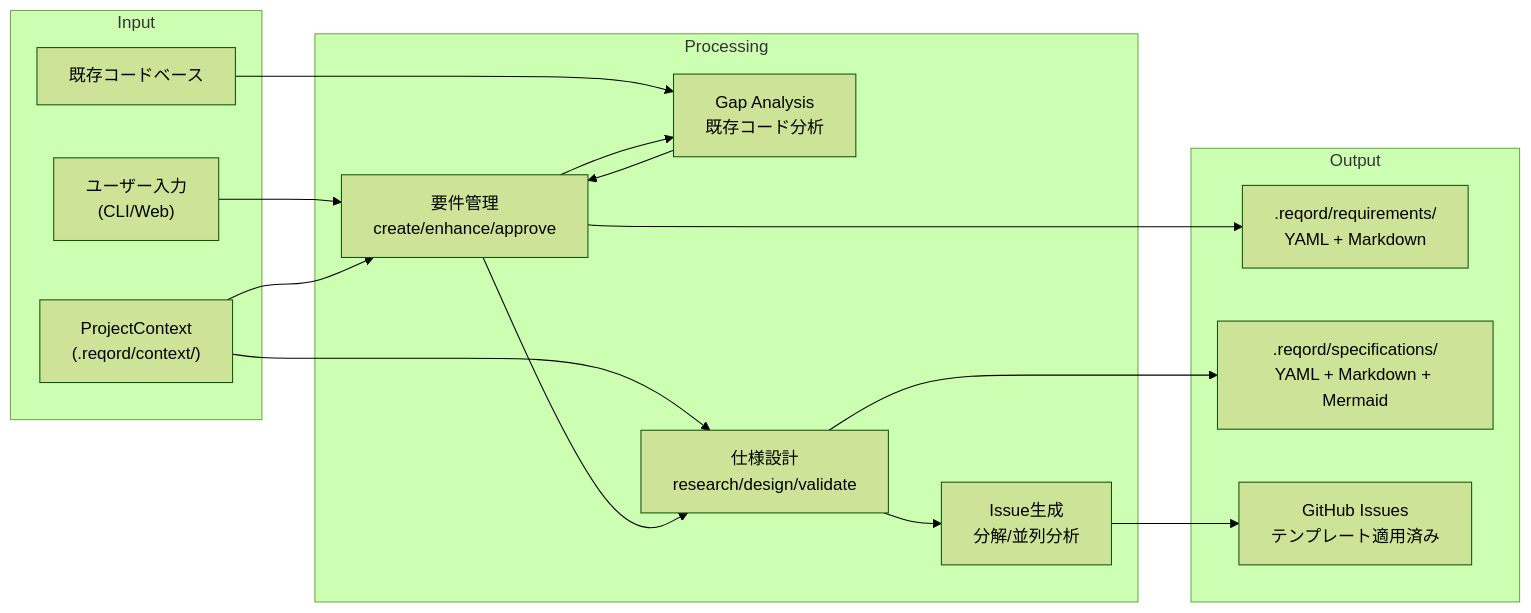
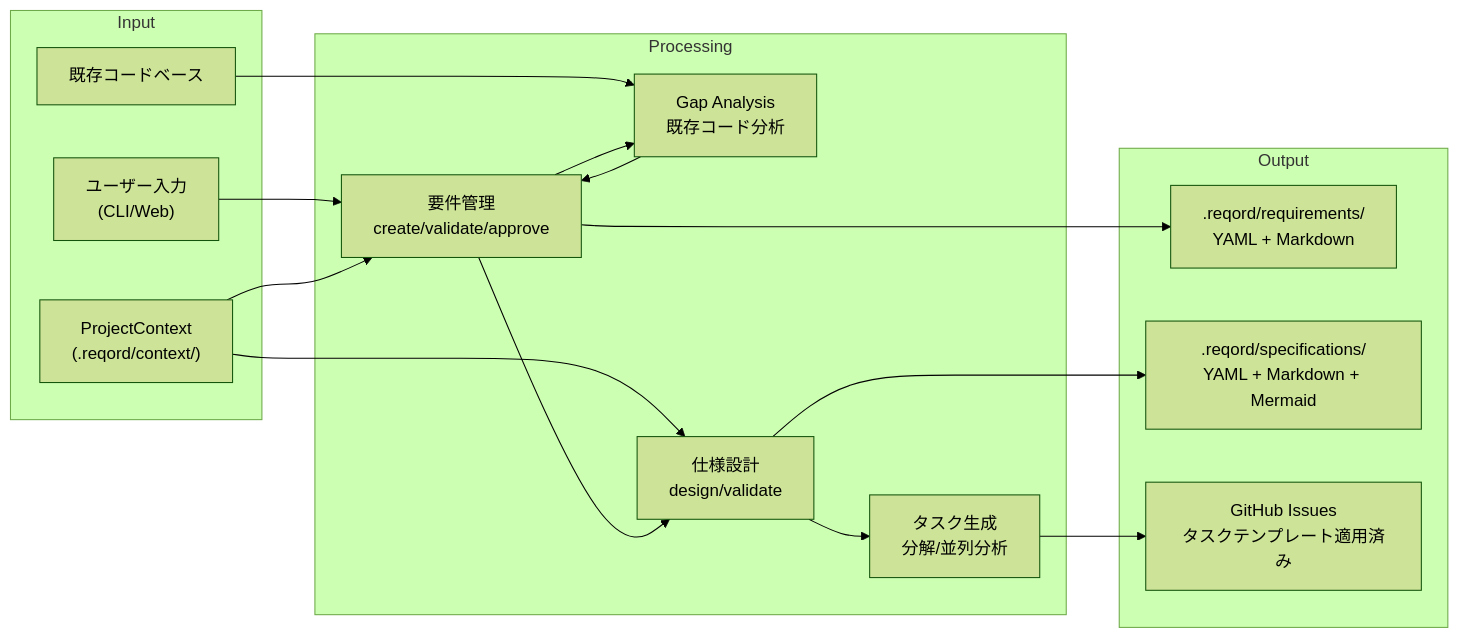
Before and after one commit to kicchann/reqord: the second of 2 diagrams in .reqord/context/technical-narrative.md, drawn with Mermaid (forest theme). The commit also changed other lines of this file and 6 other files, not shown here.

````diff
--- a/.reqord/context/technical-narrative.md
+++ b/.reqord/context/technical-narrative.md
@@ -30,33 +28,33 @@
 ```mermaid
 flowchart LR
     subgraph Input
         USER["ユーザー入力<br/>(CLI/Web)"]
         CODE["既存コードベース"]
         CTX["ProjectContext<br/>(.reqord/context/)"]
     end
 
     subgraph Processing
-        REQ["要件管理<br/>create/enhance/approve"]
+        REQ["要件管理<br/>create/validate/approve"]
         GAP["Gap Analysis<br/>既存コード分析"]
-        SPEC["仕様設計<br/>research/design/validate"]
-        ISSUE["Issue生成<br/>分解/並列分析"]
+        SPEC["仕様設計<br/>design/validate"]
+        TASK["タスク生成<br/>分解/並列分析"]
     end
 
     subgraph Output
         REQFILES[".reqord/requirements/<br/>YAML + Markdown"]
         SPECFILES[".reqord/specifications/<br/>YAML + Markdown + Mermaid"]
-        GHISSUES["GitHub Issues<br/>テンプレート適用済み"]
+        GHTASKS["GitHub Issues<br/>タスクテンプレート適用済み"]
     end
 
     USER --> REQ
     CODE --> GAP
     CTX --> REQ
     CTX --> SPEC
     REQ --> GAP
     REQ --> SPEC
     GAP --> REQ
-    SPEC --> ISSUE
+    SPEC --> TASK
     REQ --> REQFILES
     SPEC --> SPECFILES
-    ISSUE --> GHISSUES
+    TASK --> GHTASKS
 ```
````
